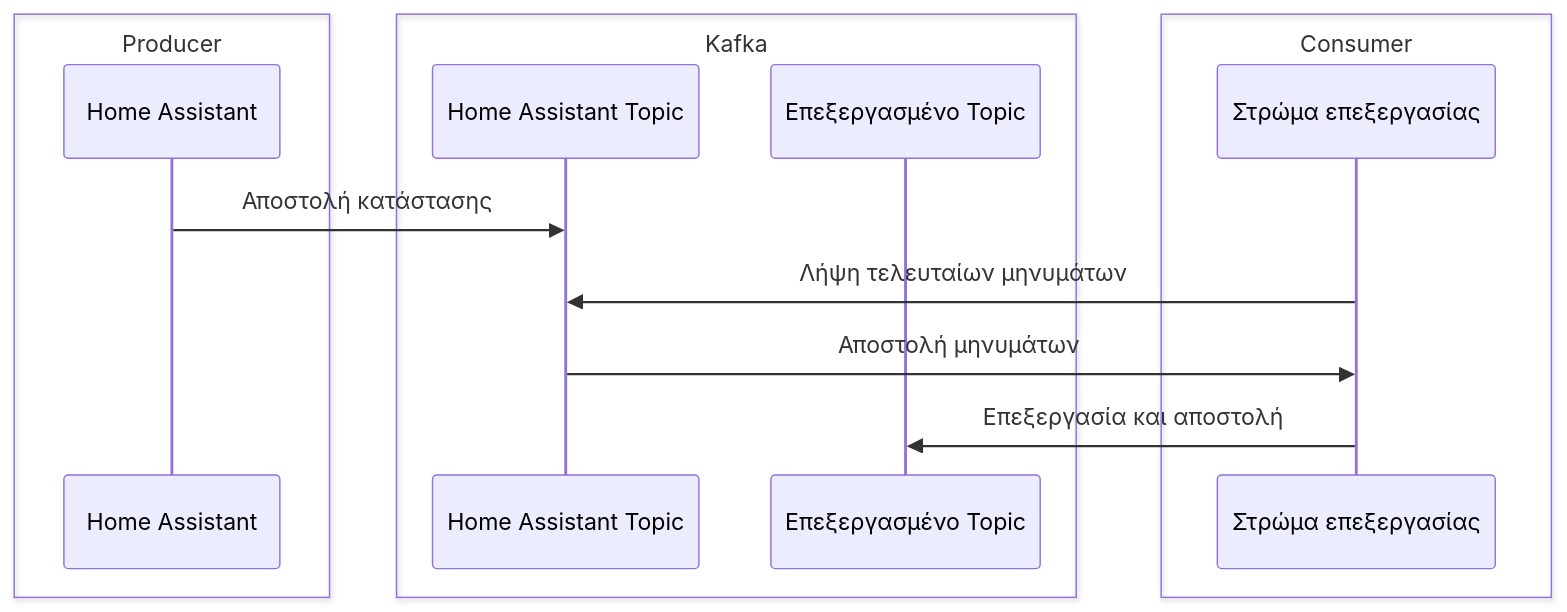
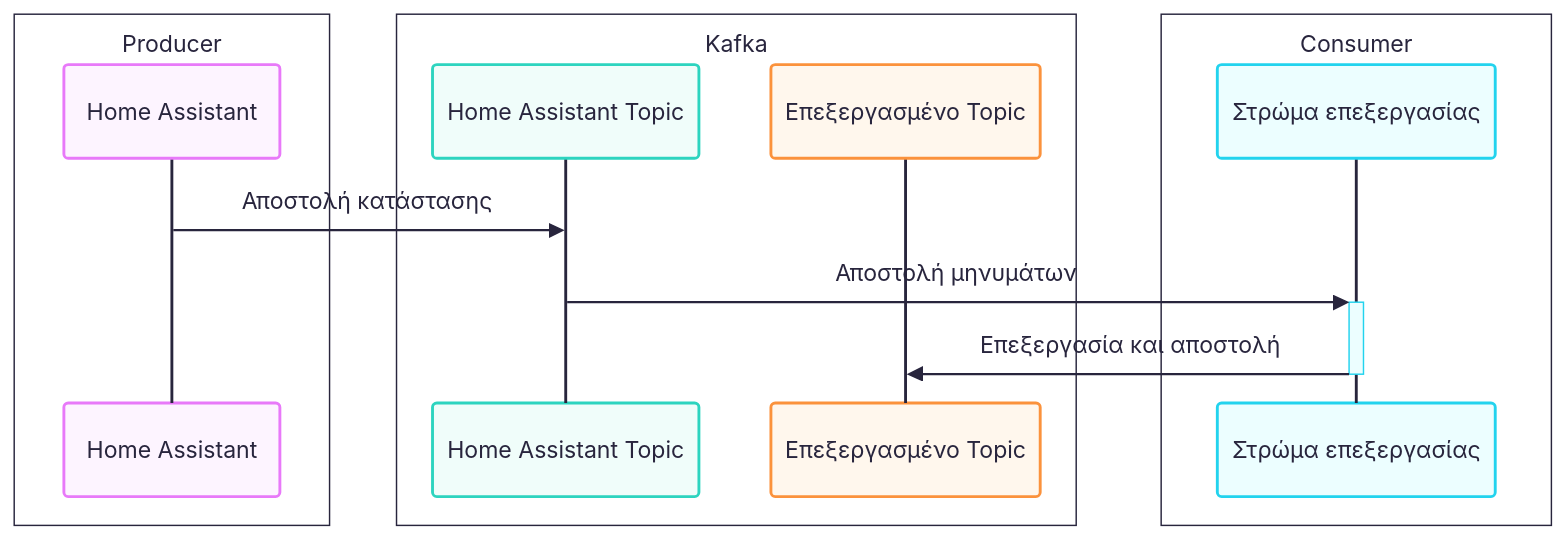
Before and after one commit to nrallakis/smart-home: the seventh of 7 diagrams in diagrams.md, drawn with Mermaid.

````diff
--- a/diagrams.md
+++ b/diagrams.md
@@ -121,21 +121,26 @@
 ```mermaid
+---
+config:
+  look: classic
+  theme: redux-color
+  layout: fixed
+---
 sequenceDiagram
   participant HomeAssistant as Home Assistant
   participant Raw as Home Assistant Topic
   participant Clean as Επεξεργασμένο Topic
   participant P as Στρώμα επεξεργασίας
   HomeAssistant ->> Raw: Αποστολή κατάστασης
-  P ->> Raw: Λήψη τελευταίων μηνυμάτων
-  Raw ->> P: Αποστολή μηνυμάτων
-  P ->> Clean: Επεξεργασία και αποστολή
+  Raw ->>+ P: Αποστολή μηνυμάτων
+  P ->>- Clean: Επεξεργασία και αποστολή
   box Kafka
   participant Raw
   participant Clean
   end
   box Producer
   participant HomeAssistant
   end
   box Consumer
   participant P
   end
 ```
````
